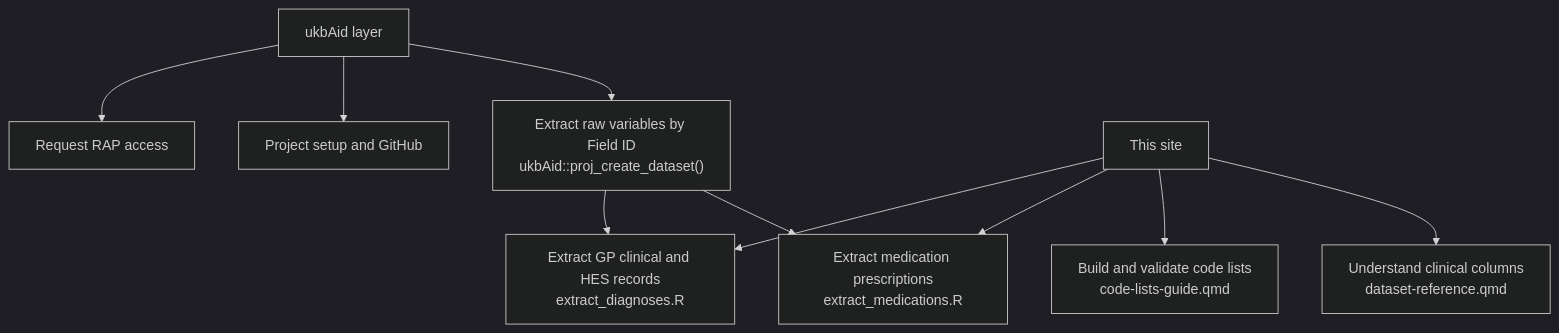
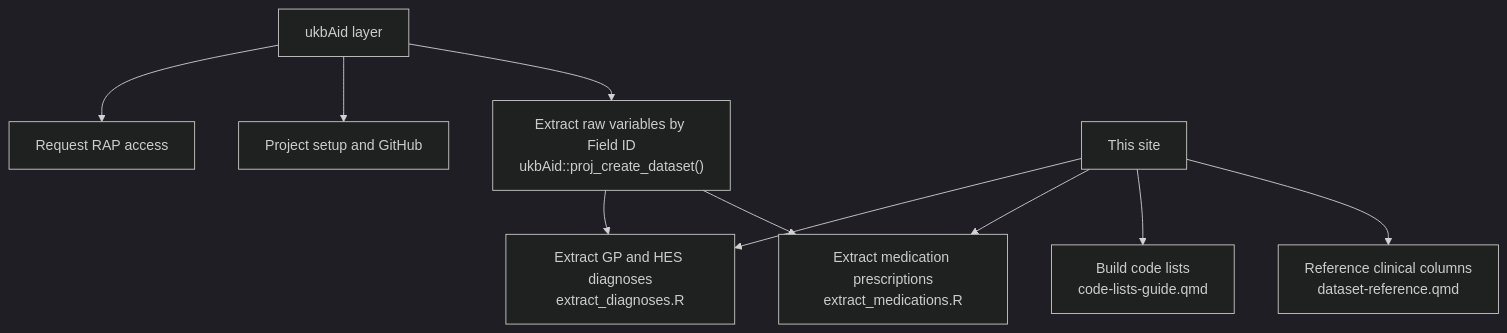
The diagram in docs/index.qmd (saras-clin/UKB_help), drawn with Mermaid (dark theme) before and after one commit. The commit also changed 1 other file, not shown here.

Commit message:
Restructure Getting Started page and fix diagram
- Add setup and clinical extraction sections with script links
- Fix literal \n in mermaid diagrams (use <br/>)
- Correct "Build and validate" to "Build code lists"

````diff
--- a/docs/index.qmd
+++ b/docs/index.qmd
@@ -113,14 +113,14 @@
 ```{mermaid}
 flowchart TD
     A[ukbAid layer] --> B[Request RAP access]
     A --> C[Project setup and GitHub]
-    A --> D["Extract raw variables by Field ID\nukbAid::proj_create_dataset()"]
+    A --> D["Extract raw variables by Field ID<br/>ukbAid::proj_create_dataset()"]
 
-    E[This site] --> F["Extract GP clinical and HES records\nextract_diagnoses.R"]
-    E --> G["Extract medication prescriptions\nextract_medications.R"]
-    E --> H["Build and validate code lists\ncode-lists-guide.qmd"]
-    E --> I["Understand clinical columns\ndataset-reference.qmd"]
+    E[This site] --> F["Extract GP and HES diagnoses<br/>extract_diagnoses.R"]
+    E --> G["Extract medication prescriptions<br/>extract_medications.R"]
+    E --> H["Build code lists<br/>code-lists-guide.qmd"]
+    E --> I["Reference clinical columns<br/>dataset-reference.qmd"]
 
     D --> F
     D --> G
 ```
````
